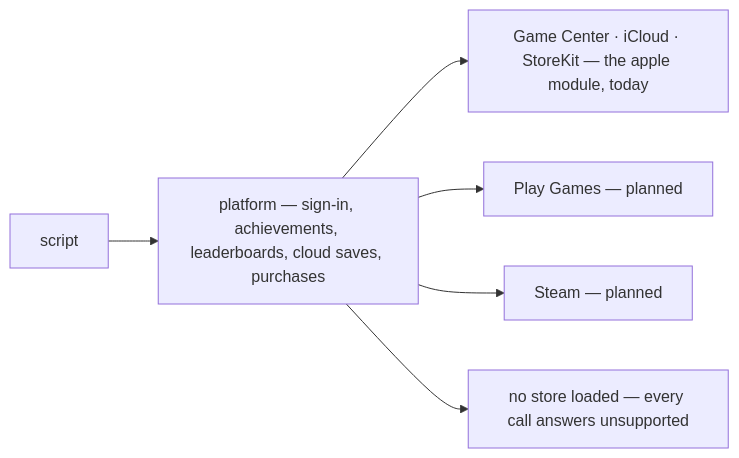
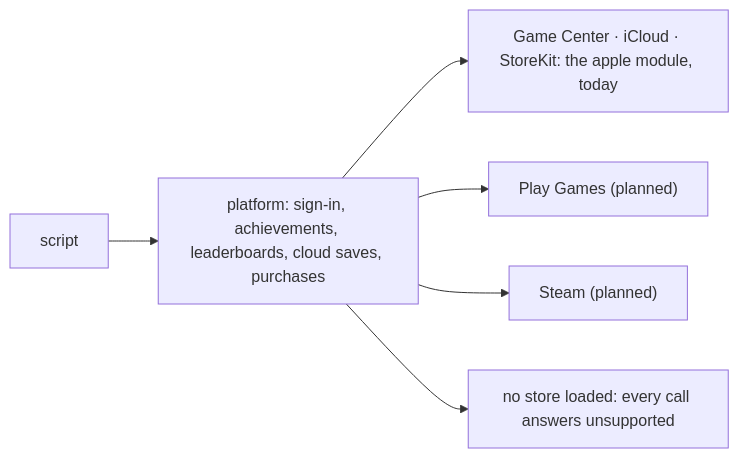
One commit to balaurengine/balaur-website changed the diagram in blog/2026-09-04-game-center-icloud-and-purchases.mdx. Above: the diagram before and after it, drawn with Mermaid. The commit also changed other lines of this file and 66 other files, not shown here.

````diff
--- a/blog/2026-09-04-game-center-icloud-and-purchases.mdx
+++ b/blog/2026-09-04-game-center-icloud-and-purchases.mdx
@@ -16,8 +16,8 @@
 ```mermaid
 flowchart LR
-  S["script"] --> P["platform — sign-in, achievements, leaderboards, cloud saves, purchases"]
-  P --> A["Game Center · iCloud · StoreKit — the apple module, today"]
-  P --> G["Play Games — planned"]
-  P --> ST["Steam — planned"]
-  P --> N["no store loaded — every call answers unsupported"]
+  S["script"] --> P["platform: sign-in, achievements, leaderboards, cloud saves, purchases"]
+  P --> A["Game Center · iCloud · StoreKit: the apple module, today"]
+  P --> G["Play Games (planned)"]
+  P --> ST["Steam (planned)"]
+  P --> N["no store loaded: every call answers unsupported"]
 ```
````
